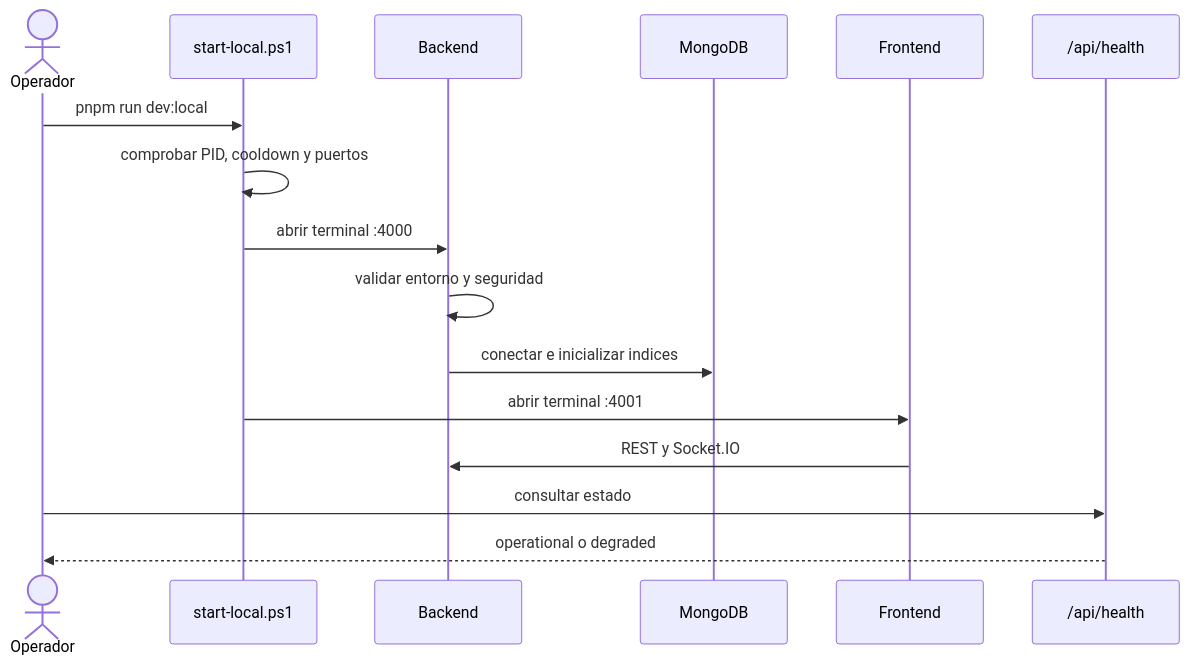
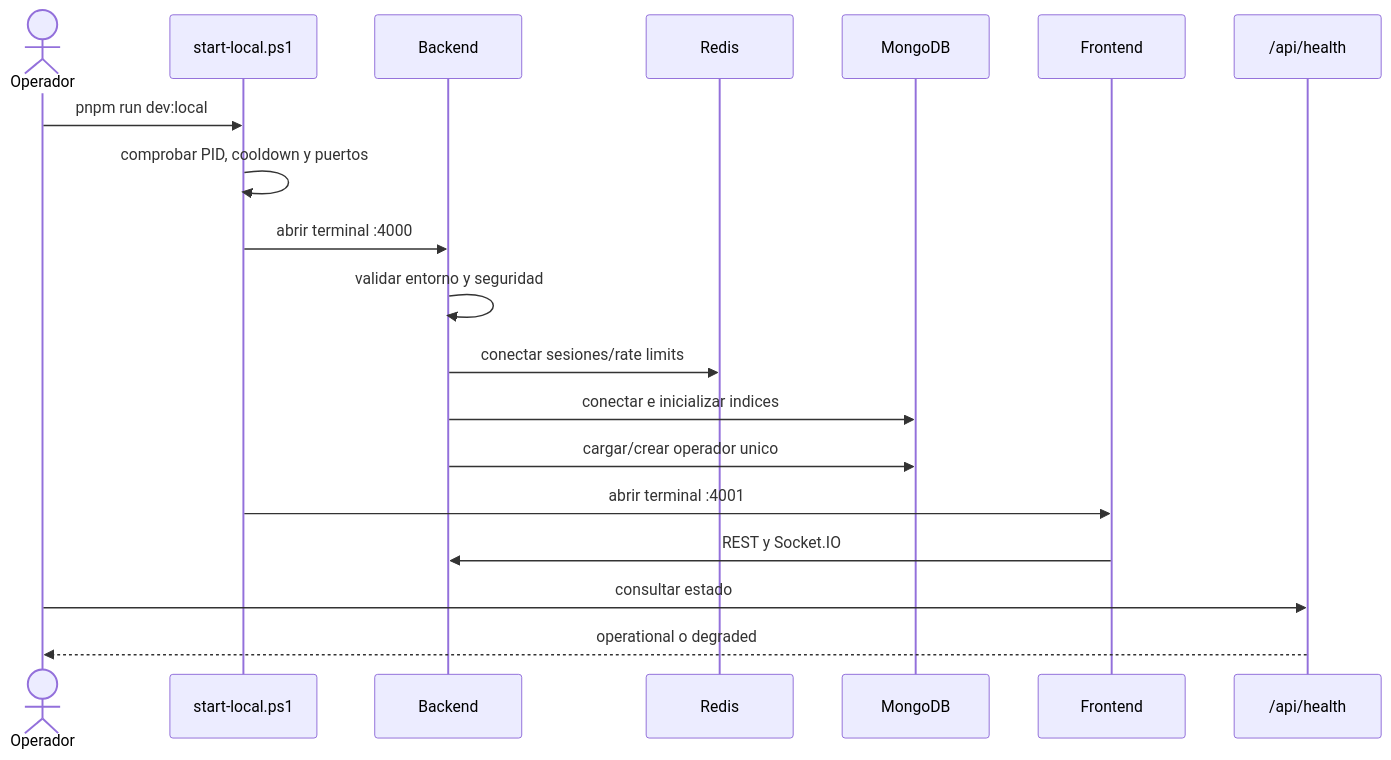
Before and after one commit to deco31416/wp-monitor: the diagram in docs/diagrams/04-startup-sequence.md, drawn with Mermaid. The commit also changed other lines of this file and 121 other files, not shown here.

````diff
--- a/docs/diagrams/04-startup-sequence.md
+++ b/docs/diagrams/04-startup-sequence.md
@@ -7,19 +7,22 @@
 ```mermaid
 sequenceDiagram
     actor Operator as Operador
     participant Script as start-local.ps1
     participant API as Backend
+    participant Redis as Redis
     participant DB as MongoDB
     participant UI as Frontend
     participant Health as /api/health
 
     Operator->>Script: pnpm run dev:local
     Script->>Script: comprobar PID, cooldown y puertos
     Script->>API: abrir terminal :4000
     API->>API: validar entorno y seguridad
+    API->>Redis: conectar sesiones/rate limits
     API->>DB: conectar e inicializar indices
+    API->>DB: cargar/crear operador unico
     Script->>UI: abrir terminal :4001
     UI->>API: REST y Socket.IO
     Operator->>Health: consultar estado
     Health-->>Operator: operational o degraded
 ```
````
